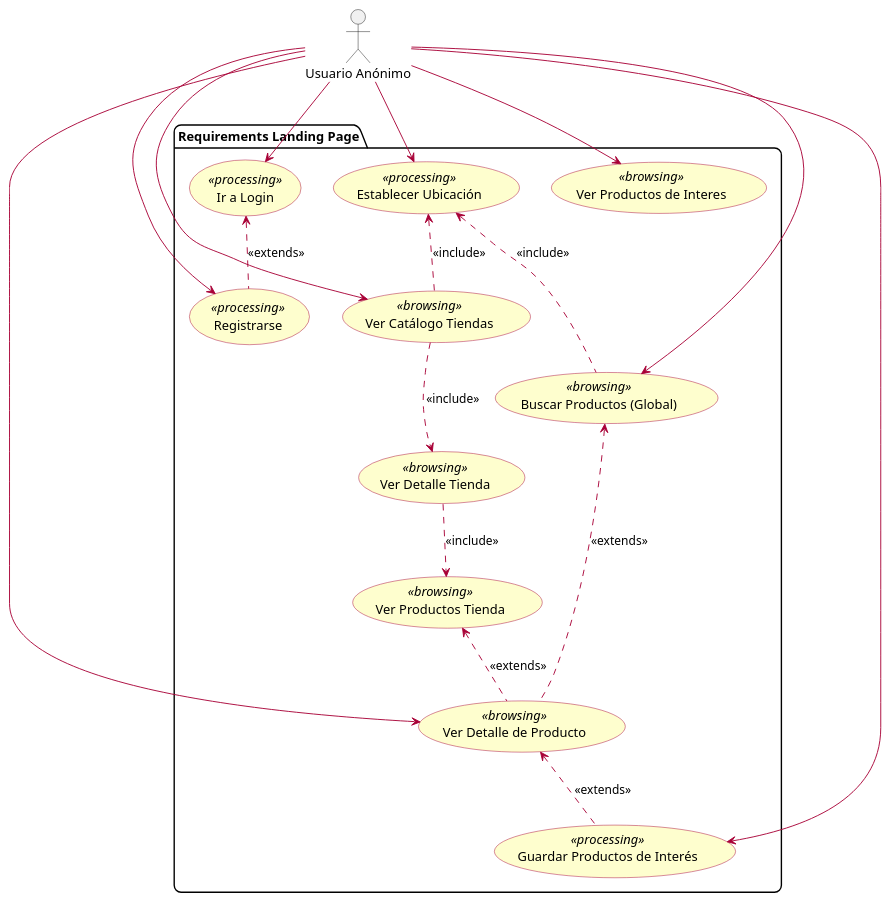
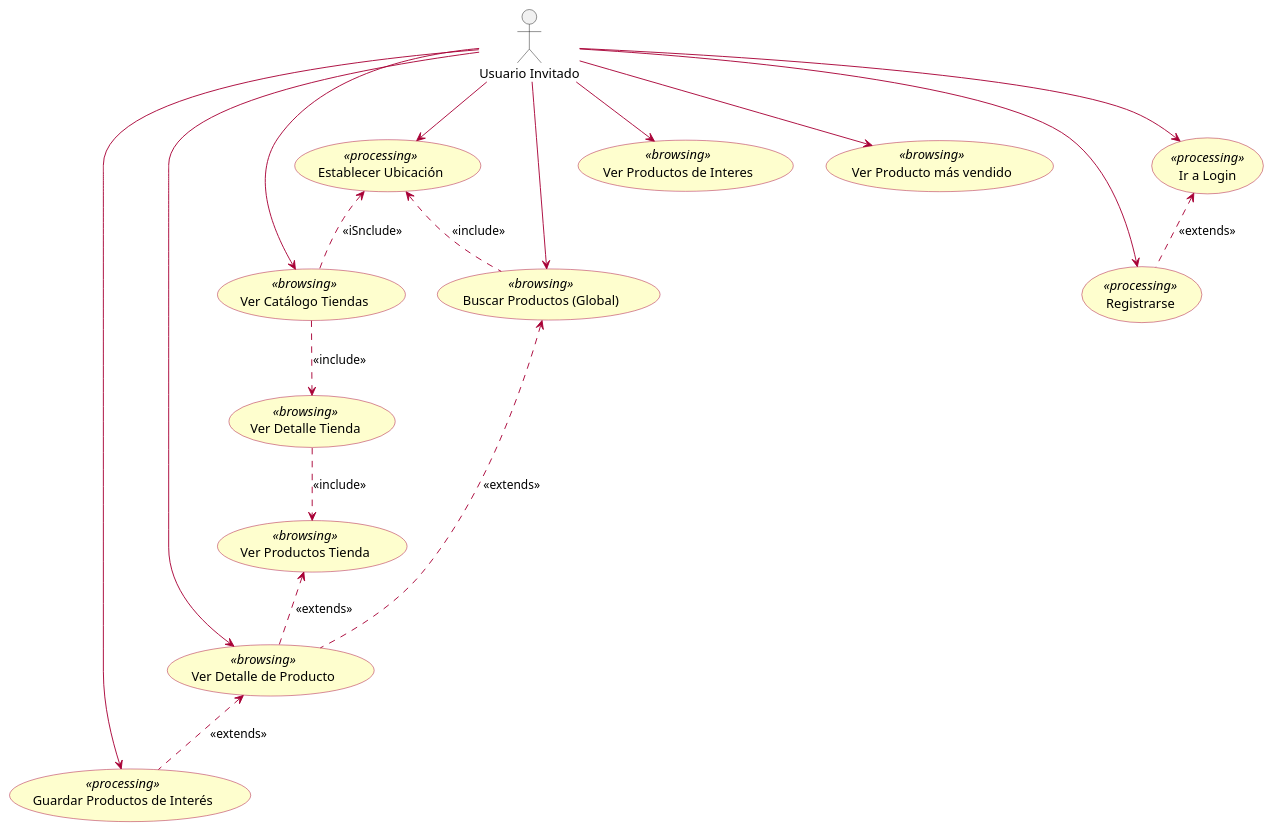
Before and after one commit to AtomicDevelopers/UWE-Tienda-Colectiva: the diagram in Requirements Model/UseCases/guest_user_usecases.puml, drawn with PlantUML.

Commit message:
Feat: mejora caso de uso de invitado

```diff
--- a/Requirements Model/UseCases/guest_user_usecases.puml
+++ b/Requirements Model/UseCases/guest_user_usecases.puml
@@ -1,53 +1,53 @@
 @startuml
 allow_mixing
 
 skinparam shadow false
 
 skinparam roundCorner 15
 skinparam class {
   BackgroundColor #FEFECE
   BorderColor #A80036
   ArrowColor #A80036
 }
 skinparam usecase {
   BackgroundColor #FEFECE
   BorderColor #A80036
   ArrowColor #A80036
 }
 
-actor "Usuario Anónimo" as AnonUser
-package "Requirements Landing Page" {
+actor "Usuario Invitado" as AnonUser
 
   usecase "Establecer Ubicación" as SetLocation <<processing>>
   usecase "Ver Catálogo Tiendas" as ViewCatalog <<browsing>>
   usecase "Ver Detalle Tienda" as ViewShop <<browsing>>
   usecase "Ver Productos Tienda" as ViewShopProducts <<browsing>>
   usecase "Buscar Productos (Global)" as SearchGlobal <<browsing>>
   usecase "Ver Detalle de Producto" as ViewProductDetail <<browsing>>
   usecase "Guardar Productos de Interés" as SaveFavoriteProducts <<processing>>
   usecase "Ver Productos de Interes" as ViewFavoriteProducts <<browsing>>
+  usecase "Ver Producto más vendido" as ViewMostSoldProducts <<browsing>>
 
   usecase "Ir a Login" as GoLogin <<processing>>
   usecase "Registrarse" as register <<processing>>
-}
 
 AnonUser --> SetLocation
 AnonUser --> ViewCatalog
 AnonUser --> SearchGlobal
 AnonUser --> GoLogin
 AnonUser --> register
 AnonUser --> ViewProductDetail
 AnonUser --> SaveFavoriteProducts
 AnonUser --> ViewFavoriteProducts
+AnonUser --> ViewMostSoldProducts
 
 'TODO: Discuss with others
-SetLocation <.. ViewCatalog : <<include>>
+SetLocation <.. ViewCatalog : <<iSnclude>>
 SetLocation <.. SearchGlobal : <<include>>
 
 ViewProductDetail <.. SaveFavoriteProducts : <<extends>>
 GoLogin <.. register : <<extends>>
 ViewShopProducts <.. ViewProductDetail : <<extends>>
 SearchGlobal <.. ViewProductDetail : <<extends>>
 ViewCatalog ..> ViewShop : <<include>>
 ViewShop ..> ViewShopProducts : <<include>>
 @enduml
```
